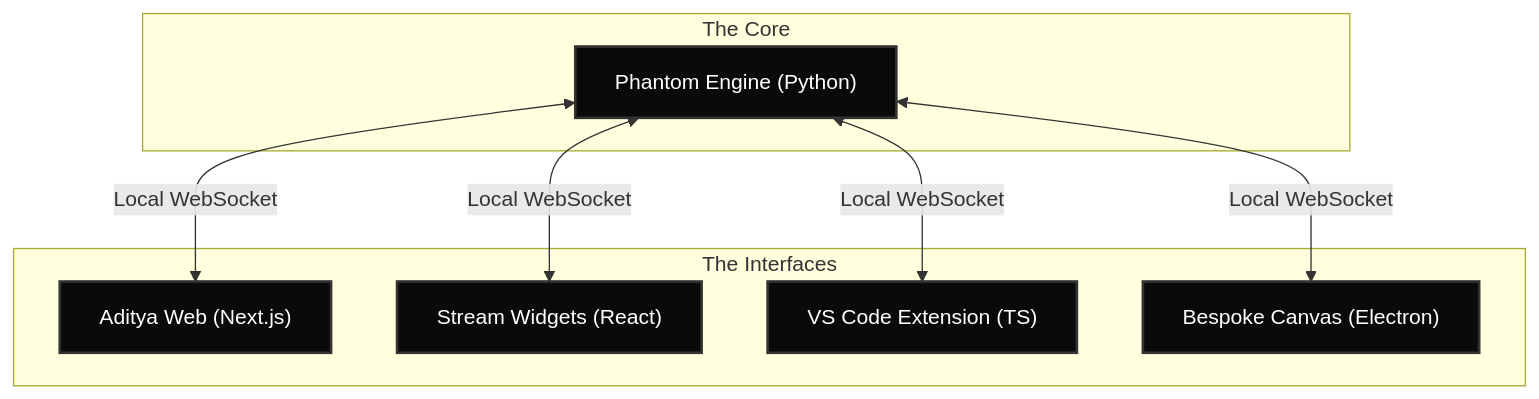
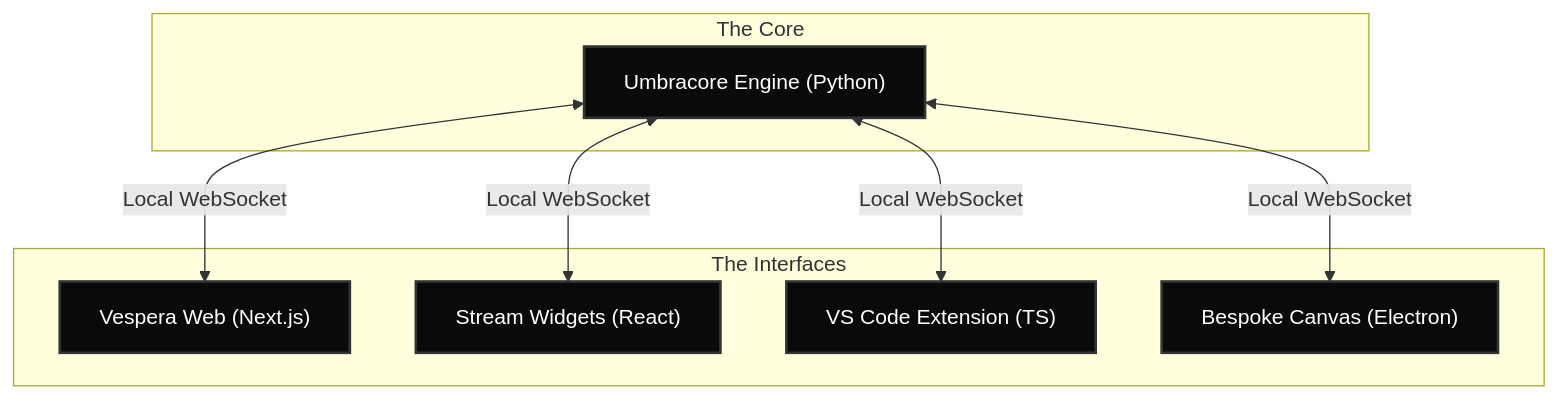
One commit to ThisisDarkNova/Aditya-Ai changed the diagram in readme.md. Above: the diagram before and after it, drawn with Mermaid. The commit also changed other lines of this file and 413 other files, not shown here.

````diff
--- a/readme.md
+++ b/readme.md
@@ -24,27 +24,27 @@
 ```mermaid
 graph TD
     classDef dark fill:#0a0a0a,stroke:#333,stroke-width:2px,color:#fff;
     classDef highlight fill:#fff,stroke:#000,stroke-width:2px,color:#000;
 
-    PE["Phantom Engine (Python)"]:::dark
-    WEB["Aditya Web (Next.js)"]:::dark
+    PE["Umbracore Engine (Python)"]:::dark
+    WEB["Vespera Web (Next.js)"]:::dark
     OBS["Stream Widgets (React)"]:::dark
     VSC["VS Code Extension (TS)"]:::dark
     BC["Bespoke Canvas (Electron)"]:::dark
 
     PE <-->|Local WebSocket| WEB
     PE <-->|Local WebSocket| OBS
     PE <-->|Local WebSocket| VSC
     PE <-->|Local WebSocket| BC
 
     subgraph The Core
     PE
     end
 
     subgraph The Interfaces
     WEB
     OBS
     VSC
     BC
     end
 ```
````
